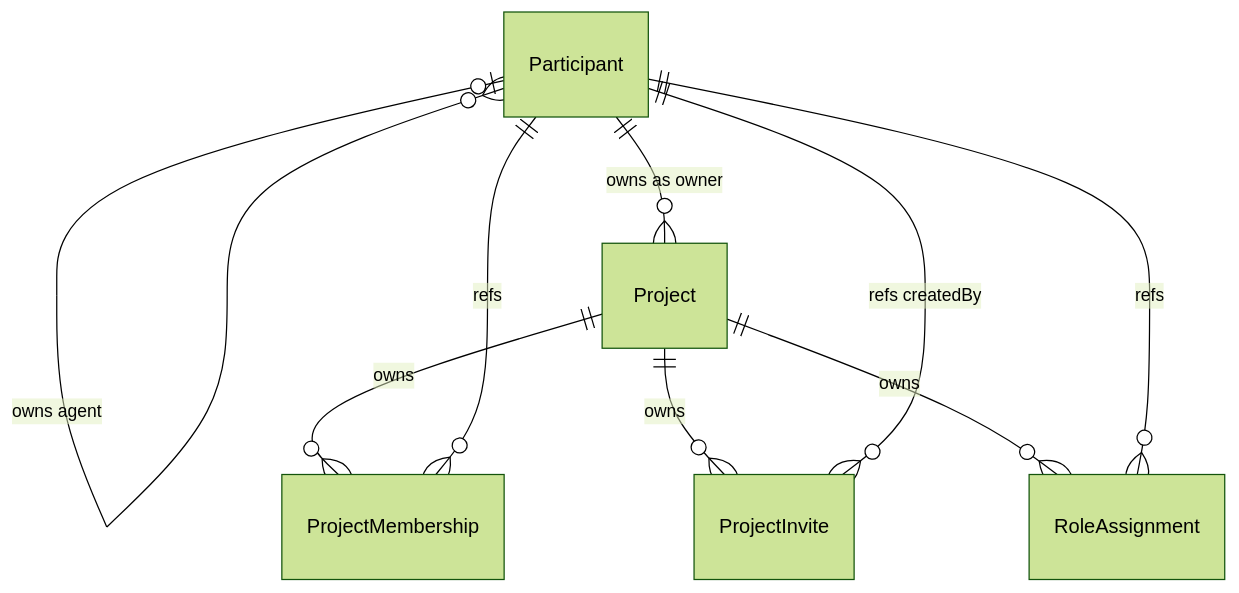
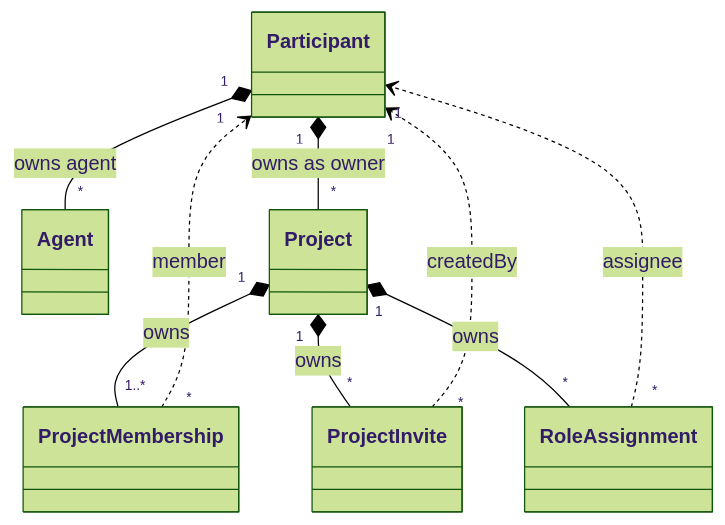
Before and after one commit to hskksk/comitia: the sixth of 12 diagrams in docs/design/14-board-domain-model.md, drawn with Mermaid (forest theme). The commit also changed other lines of this file, not shown here.

First line of the commit message:
docs: ドメイン図を一段の所有木と class 図に直す

````diff
--- a/docs/design/14-board-domain-model.md
+++ b/docs/design/14-board-domain-model.md
@@ -60,11 +84,13 @@
 ```mermaid
-erDiagram
-    Participant |o--o{ Participant : "owns agent"
-    Participant ||--o{ Project : "owns as owner"
-    Project ||--o{ ProjectMembership : owns
-    Participant ||--o{ ProjectMembership : refs
-    Project ||--o{ ProjectInvite : owns
-    Participant ||--o{ ProjectInvite : "refs createdBy"
-    Project ||--o{ RoleAssignment : owns
-    Participant ||--o{ RoleAssignment : refs
+classDiagram
+    hide empty members
+    direction TB
+    Participant "1" *-- "*" Agent : owns agent
+    Participant "1" *-- "*" Project : owns as owner
+    Project "1" *-- "1..*" ProjectMembership : owns
+    ProjectMembership "*" ..> "1" Participant : member
+    Project "1" *-- "*" ProjectInvite : owns
+    ProjectInvite "*" ..> "1" Participant : createdBy
+    Project "1" *-- "*" RoleAssignment : owns
+    RoleAssignment "*" ..> "1" Participant : assignee
 ```
````
